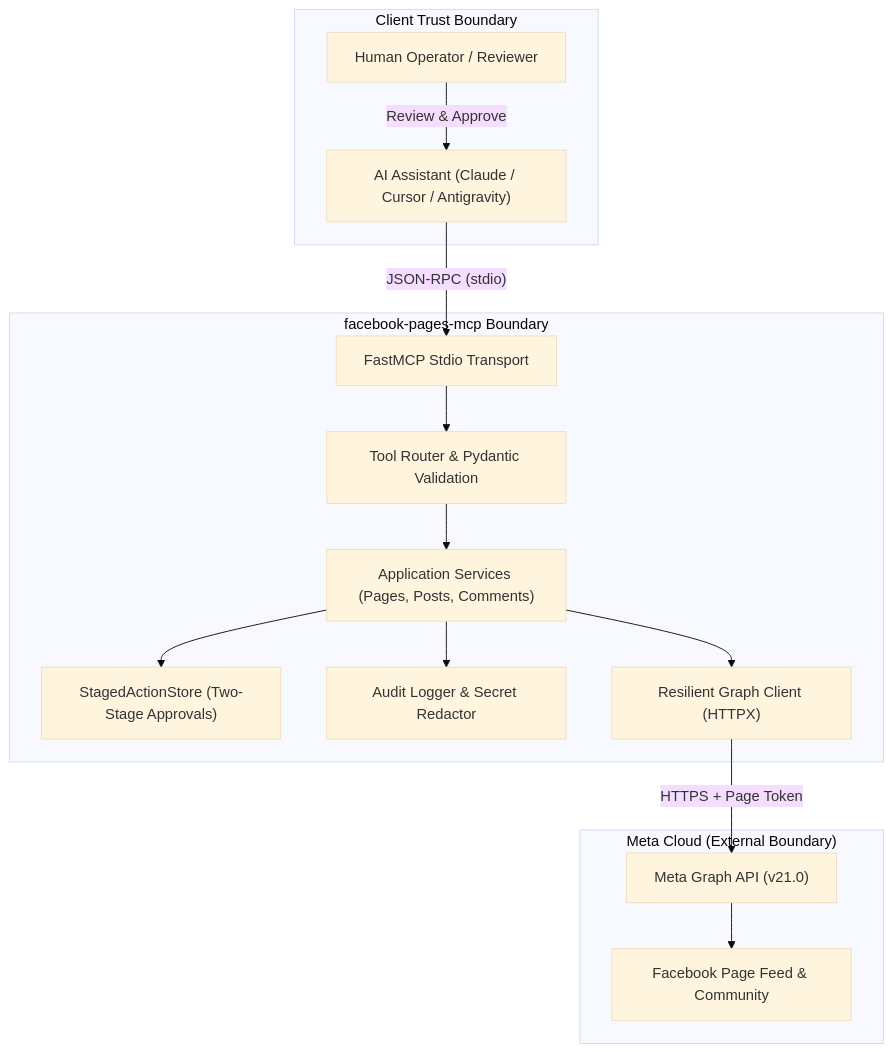
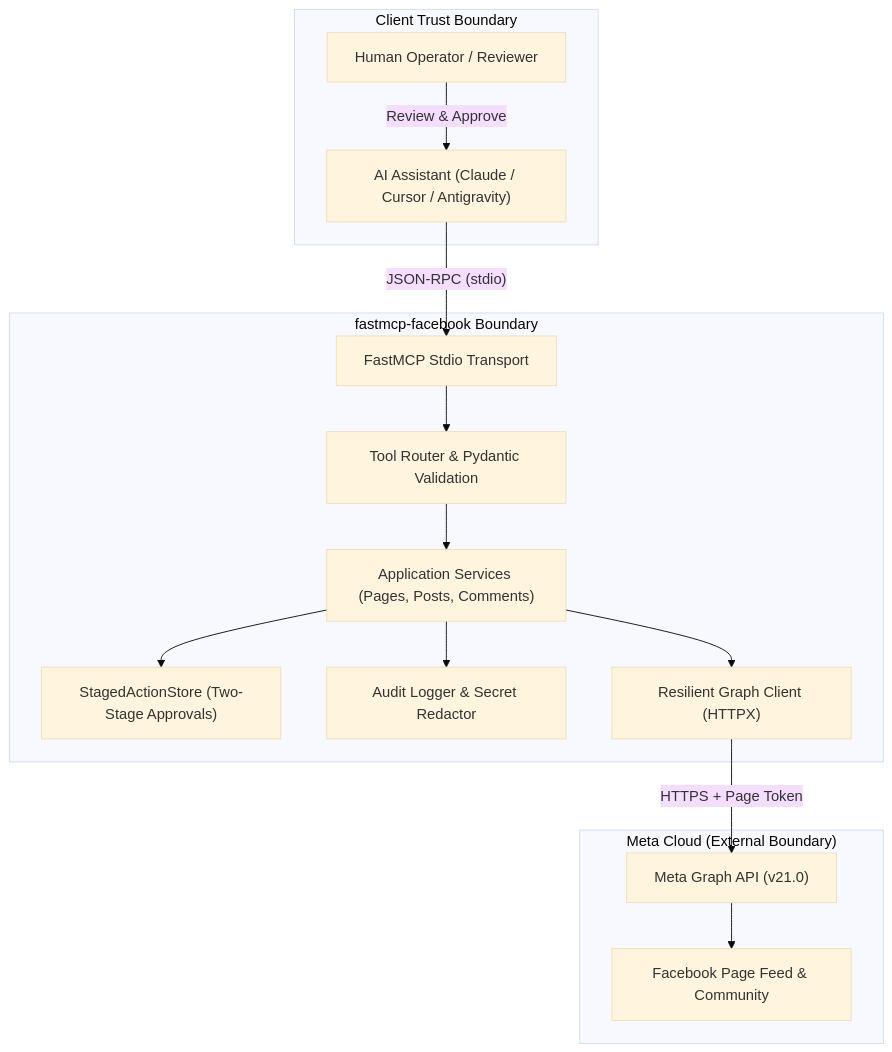
One commit to mht0648/fastmcp-facebook changed the first of 2 diagrams in README.md. Above: the diagram before and after it, drawn with Mermaid (base theme). The commit also changed other lines of this file and 13 other files, not shown here.

Commit message:
refactor: standardize project name to fastmcp-facebook across all files and docs

````diff
--- a/README.md
+++ b/README.md
@@ -41,31 +41,31 @@
 ```mermaid
 flowchart TD
     subgraph ClientSpace ["Client Trust Boundary"]
         User["Human Operator / Reviewer"]
         Agent["AI Assistant (Claude / Cursor / Antigravity)"]
     end
 
-    subgraph ServerSpace ["facebook-pages-mcp Boundary"]
+    subgraph ServerSpace ["fastmcp-facebook Boundary"]
         FastMCP["FastMCP Stdio Transport"]
         Router["Tool Router & Pydantic Validation"]
         Staging["StagedActionStore (Two-Stage Approvals)"]
         Domain["Application Services (Pages, Posts, Comments)"]
         Audit["Audit Logger & Secret Redactor"]
         HTTPClient["Resilient Graph Client (HTTPX)"]
     end
 
     subgraph MetaSpace ["Meta Cloud (External Boundary)"]
         GraphAPI["Meta Graph API (v21.0)"]
         FBPage["Facebook Page Feed & Community"]
     end
 
     User -->|"Review & Approve"| Agent
     Agent -->|"JSON-RPC (stdio)"| FastMCP
     FastMCP --> Router
     Router --> Domain
     Domain --> Staging
     Domain --> Audit
     Domain --> HTTPClient
     HTTPClient -->|"HTTPS + Page Token"| GraphAPI
     GraphAPI --> FBPage
 ```
````
